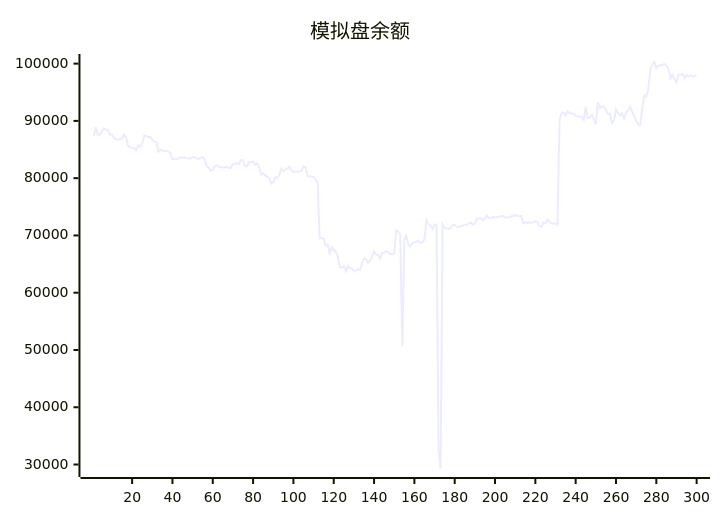
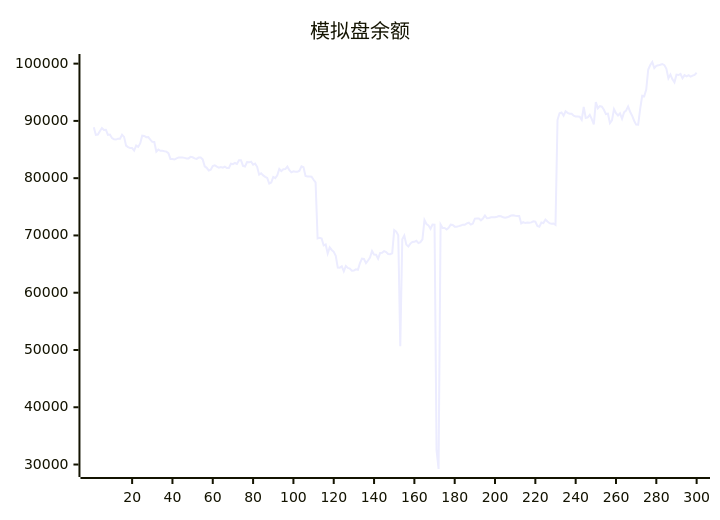
Before and after one commit to aahl/ai-trading: the diagram in README.md, drawn with Mermaid. The commit also changed other lines of this file and 1 other file, not shown here.

````diff
--- a/README.md
+++ b/README.md
@@ -5,5 +5,5 @@
 ```mermaid
 xychart
     title "模拟盘余额"
-    line [87335,88894,87544,87608,88207,88755,88401,88444,87543,87608,87000,86810,86740,86894,86884,87576,87209,85686,85435,85251,85255,84820,85689,85453,86066,87420,87373,87161,87178,86740,86341,86315,84643,85012,84772,84768,84690,84635,84376,83360,83357,83259,83474,83608,83606,83602,83548,83440,83454,83724,83644,83464,83365,83590,83592,83275,82072,81806,81344,81492,82109,82254,82006,81848,81955,81829,82022,81769,81776,82522,82441,82656,82498,83144,83144,82150,82038,82797,82763,82872,82367,82536,81981,80612,80862,80484,80242,80034,79063,79245,80226,80016,80507,81625,81233,81544,81578,82016,81401,81019,81186,81130,81118,81306,82066,81909,80392,80304,80291,80258,79729,79261,69466,69579,69456,68251,68415,66832,67911,67462,67144,66432,64380,64375,64606,63740,64647,64324,64216,63842,63877,64078,64008,65156,65945,65888,65157,65625,66144,67284,66653,66639,65924,66925,66956,67263,67108,66766,66729,66886,70927,70673,70049,50652,69334,69973,68400,68061,68578,68876,68879,69055,68662,68822,69329,72687,71999,71760,71162,71911,71896,32500,29218,71927,71297,71305,71044,71337,71883,71822,71536,71536,71622,71723,71880,71860,72100,72216,71887,72077,72940,72976,72966,72638,72948,73497,73004,73041,73173,73160,73186,73258,73375,73351,73173,73098,73161,73305,73474,73536,73457,73413,73412,72100,72333,72164,72272,72204,72285,72461,72421,71652,71521,72267,72157,72774,72424,72144,72060,72091,71858,90185,91338,91466,90900,91678,91404,91268,91244,90903,90779,90787,90721,90187,92429,90518,90619,91070,90328,89376,93286,92202,92581,92485,91947,91196,91259,89619,90086,92063,91355,90950,91327,90373,91498,91800,92531,91603,90910,90031,89351,89334,92097,94406,94315,95455,98972,99763,100286,99229,99622,99701,99805,99938,99738,99082,97430,98094,97267,96741,98081,98013,98194,97447,97983,97789,97969,97729,97911,98043]
+    line [88894,87544,87608,88207,88755,88401,88444,87543,87608,87000,86810,86740,86894,86884,87576,87209,85686,85435,85251,85255,84820,85689,85453,86066,87420,87373,87161,87178,86740,86341,86315,84643,85012,84772,84768,84690,84635,84376,83360,83357,83259,83474,83608,83606,83602,83548,83440,83454,83724,83644,83464,83365,83590,83592,83275,82072,81806,81344,81492,82109,82254,82006,81848,81955,81829,82022,81769,81776,82522,82441,82656,82498,83144,83144,82150,82038,82797,82763,82872,82367,82536,81981,80612,80862,80484,80242,80034,79063,79245,80226,80016,80507,81625,81233,81544,81578,82016,81401,81019,81186,81130,81118,81306,82066,81909,80392,80304,80291,80258,79729,79261,69466,69579,69456,68251,68415,66832,67911,67462,67144,66432,64380,64375,64606,63740,64647,64324,64216,63842,63877,64078,64008,65156,65945,65888,65157,65625,66144,67284,66653,66639,65924,66925,66956,67263,67108,66766,66729,66886,70927,70673,70049,50652,69334,69973,68400,68061,68578,68876,68879,69055,68662,68822,69329,72687,71999,71760,71162,71911,71896,32500,29218,71927,71297,71305,71044,71337,71883,71822,71536,71536,71622,71723,71880,71860,72100,72216,71887,72077,72940,72976,72966,72638,72948,73497,73004,73041,73173,73160,73186,73258,73375,73351,73173,73098,73161,73305,73474,73536,73457,73413,73412,72100,72333,72164,72272,72204,72285,72461,72421,71652,71521,72267,72157,72774,72424,72144,72060,72091,71858,90185,91338,91466,90900,91678,91404,91268,91244,90903,90779,90787,90721,90187,92429,90518,90619,91070,90328,89376,93286,92202,92581,92485,91947,91196,91259,89619,90086,92063,91355,90950,91327,90373,91498,91800,92531,91603,90910,90031,89351,89334,92097,94406,94315,95455,98972,99763,100286,99229,99622,99701,99805,99938,99738,99082,97430,98094,97267,96741,98081,98013,98194,97447,97983,97789,97969,97729,97911,98043,98405]
 ```
````
